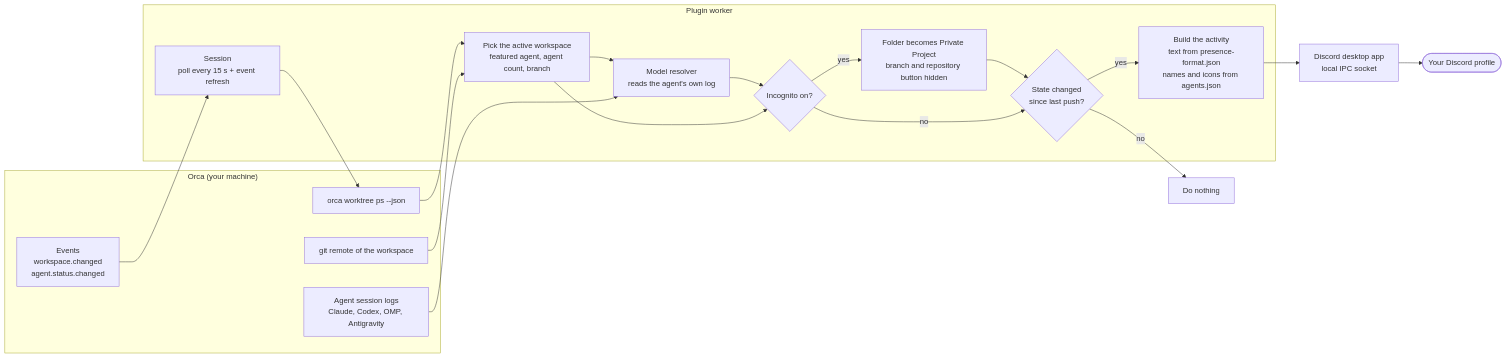
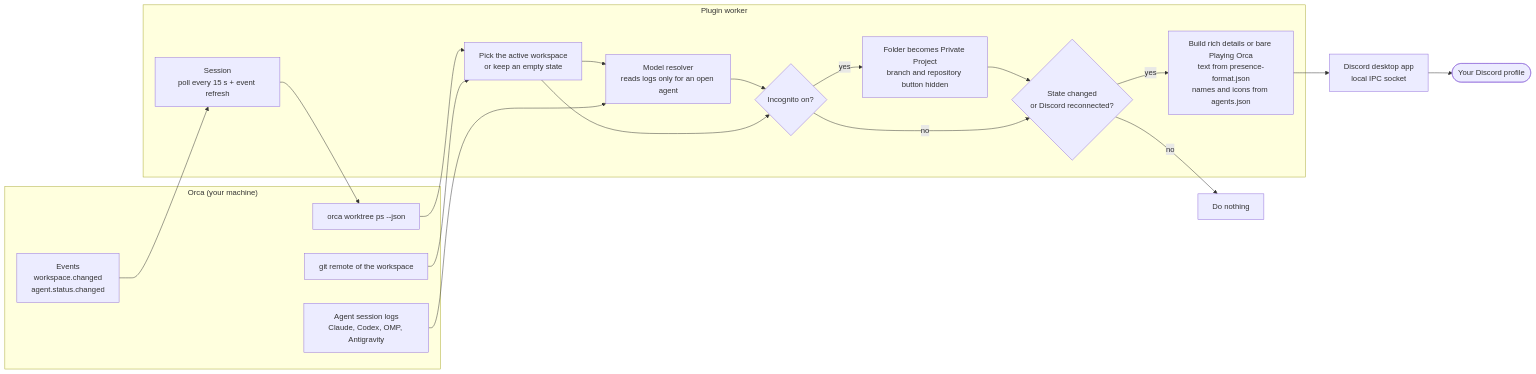
Before and after one commit to meryzennn/orca-discord-rpc: the first of 2 diagrams in README.md, drawn with Mermaid. The commit also changed other lines of this file and 5 other files, not shown here.

````diff
--- a/README.md
+++ b/README.md
@@ -58,34 +58,34 @@
 ```mermaid
 flowchart LR
   subgraph ORCA["Orca (your machine)"]
     EV["Events<br/>workspace.changed<br/>agent.status.changed"]
     CLI["orca worktree ps --json"]
     LOGS["Agent session logs<br/>Claude, Codex, OMP, Antigravity"]
     GIT["git remote of the workspace"]
   end
 
   subgraph PLUGIN["Plugin worker"]
     SESSION["Session<br/>poll every 15 s + event refresh"]
-    STATE["Pick the active workspace<br/>featured agent, agent count, branch"]
-    MODEL["Model resolver<br/>reads the agent's own log"]
+    STATE["Pick the active workspace<br/>or keep an empty state"]
+    MODEL["Model resolver<br/>reads logs only for an open agent"]
     PRIV{"Incognito on?"}
     HIDE["Folder becomes Private Project<br/>branch and repository button hidden"]
-    DEDUP{"State changed<br/>since last push?"}
-    BUILD["Build the activity<br/>text from presence-format.json<br/>names and icons from agents.json"]
+    DEDUP{"State changed<br/>or Discord reconnected?"}
+    BUILD["Build rich details or bare Playing Orca<br/>text from presence-format.json<br/>names and icons from agents.json"]
   end
 
   DISCORD["Discord desktop app<br/>local IPC socket"]
   PROFILE(["Your Discord profile"])
 
   EV --> SESSION
   SESSION --> CLI --> STATE
   STATE --> MODEL
   LOGS --> MODEL
   GIT --> STATE
   MODEL --> PRIV
   STATE --> PRIV
   PRIV -- yes --> HIDE --> DEDUP
   PRIV -- no --> DEDUP
   DEDUP -- no --> SKIP["Do nothing"]
   DEDUP -- yes --> BUILD --> DISCORD --> PROFILE
 ```
````
